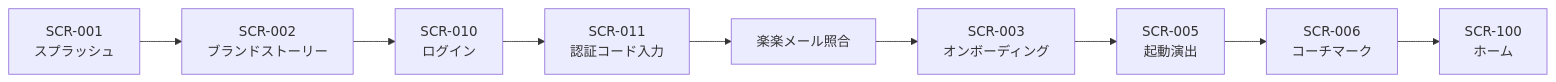
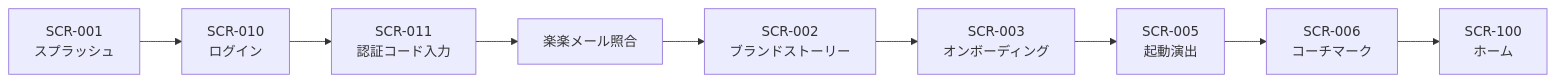
Before and after one commit to YukaHasebe/bi-su-app: the second of 17 diagrams in docs/04_画面遷移図.md, drawn with Mermaid. The commit also changed other lines of this file and 7 other files, not shown here.

````diff
--- a/docs/04_画面遷移図.md
+++ b/docs/04_画面遷移図.md
@@ -168,11 +168,11 @@
 ```mermaid
 flowchart LR
-    A["SCR-001\nスプラッシュ"] --> B["SCR-002\nブランドストーリー"]
-    B --> C["SCR-010\nログイン"]
-    C --> D["SCR-011\n認証コード入力"]
-    D --> E["楽楽メール照合"]
+    A["SCR-001\nスプラッシュ"] --> B["SCR-010\nログイン"]
+    B --> C["SCR-011\n認証コード入力"]
+    C --> D["楽楽メール照合"]
+    D --> E["SCR-002\nブランドストーリー"]
     E --> F["SCR-003\nオンボーディング"]
     F --> G["SCR-005\n起動演出"]
     G --> H["SCR-006\nコーチマーク"]
     H --> I["SCR-100\nホーム"]
 ```
````
